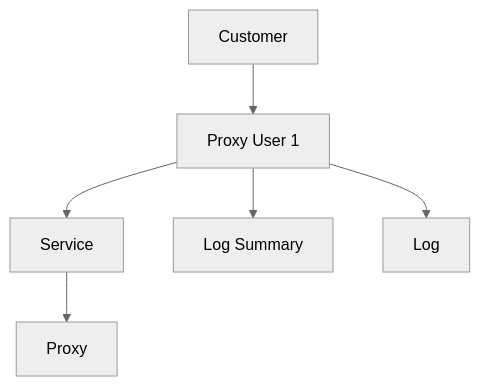
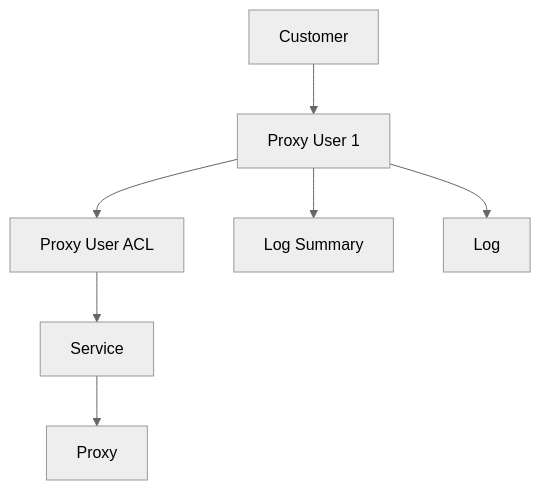
One commit to pingproxies/ping-proxies-public-api-docs changed the diagram in api-objects/proxy-user.mdx. Above: the diagram before and after it, drawn with Mermaid (neutral theme). The commit also changed other lines of this file and 11 other files, not shown here.

Commit message:
fix: doc changes for proxy acl

````diff
--- a/api-objects/proxy-user.mdx
+++ b/api-objects/proxy-user.mdx
@@ -34,8 +43,9 @@
 ```mermaid
 graph TD
     Customer --> ProxyUser1[Proxy User 1]
-    ProxyUser1 --> Service1[Service]
+    ProxyUser1 --> ACL[Proxy User ACL]
+    ACL --> Service1[Service]
     Service1 --> Proxy1[Proxy]
     ProxyUser1 --> LogSummary[Log Summary]
     ProxyUser1 --> Log[Log]
 ```
````
